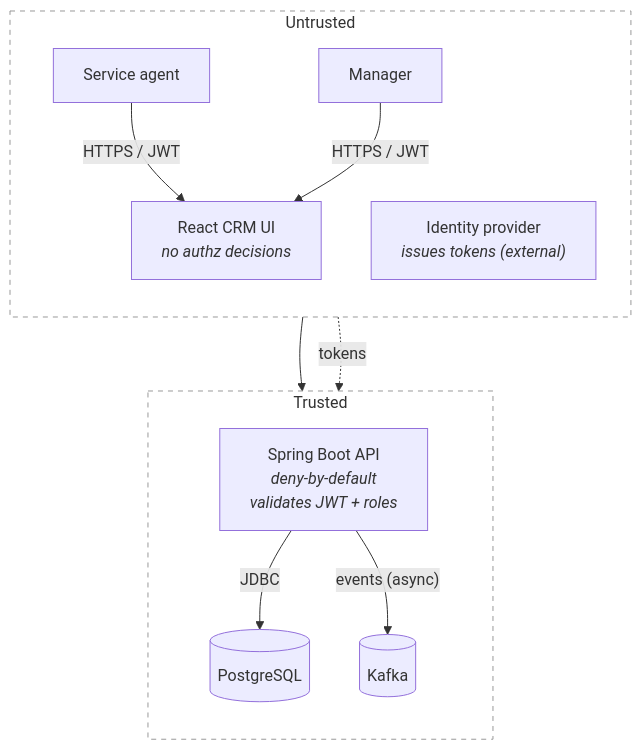
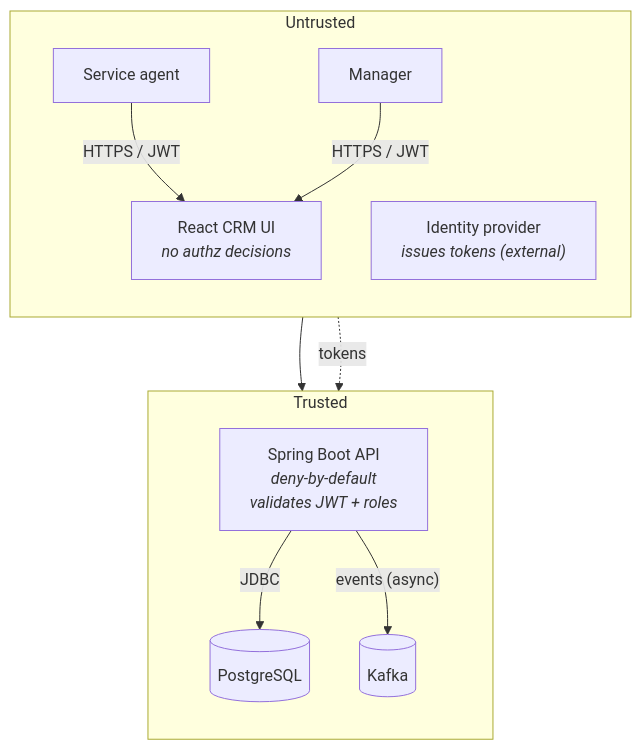
The diagram in README.md (Nolan-Thomas/hello-world), drawn with Mermaid before and after one commit.

Commit message:
Remove styles for UNTRUSTED and TRUSTED in README
Removed styles for UNTRUSTED and TRUSTED states.

````diff
--- a/README.md
+++ b/README.md
@@ -4,29 +4,27 @@
 ```mermaid
 flowchart TB
     subgraph UNTRUSTED["Untrusted"]
         direction TB
         SA[Service agent]
         MG[Manager]
         UI["React CRM UI<br/><i>no authz decisions</i>"]
         IDP["Identity provider<br/><i>issues tokens (external)</i>"]
 
         SA -- "HTTPS / JWT" --> UI
         MG -- "HTTPS / JWT" --> UI
     end
 
     subgraph TRUSTED["Trusted"]
         direction TB
         API["Spring Boot API<br/><i>deny-by-default</i><br/><i>validates JWT + roles</i>"]
         PG[(PostgreSQL)]
         KF[(Kafka)]
 
         API -- "JDBC" --> PG
         API -- "events (async)" --> KF
     end
 
     UI --> API
     IDP -.->|tokens| API
 
-    style UNTRUSTED fill:transparent,stroke:#999,stroke-dasharray: 5 5
-    style TRUSTED fill:transparent,stroke:#999,stroke-dasharray: 5 5
 ```
````
